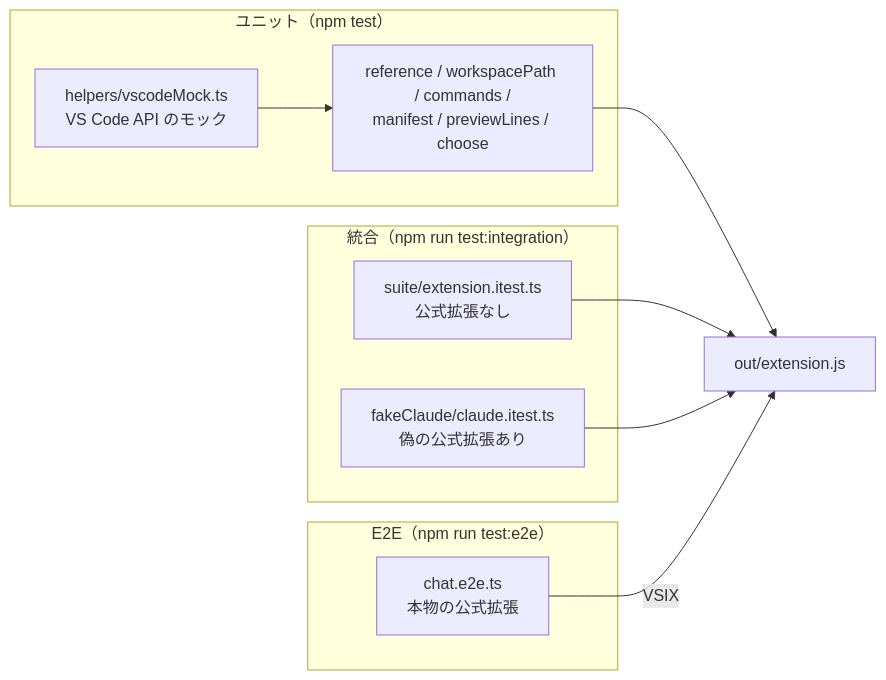
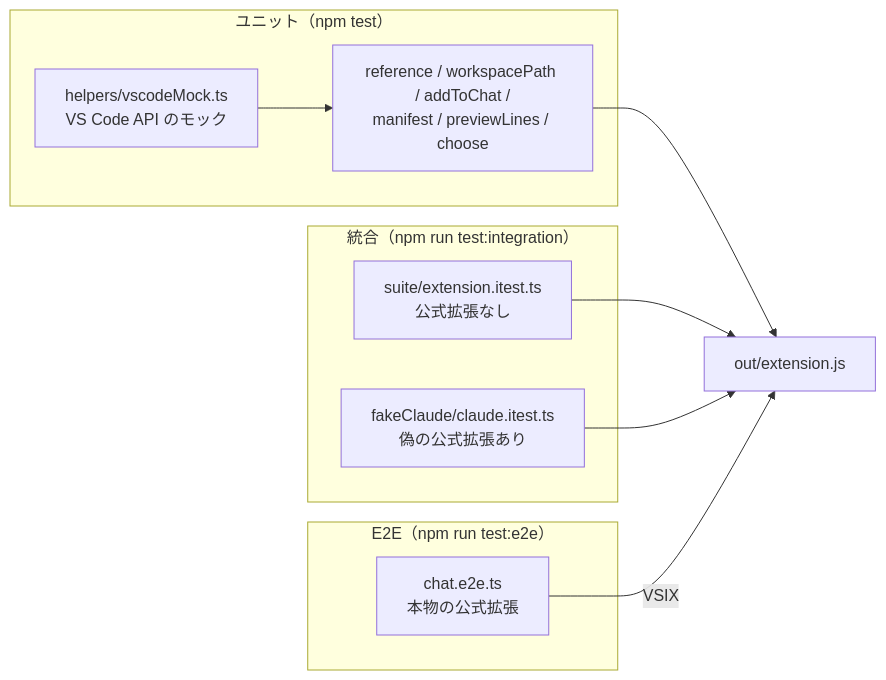
The third of 3 diagrams in docs/ARCHITECTURE.md (kip2/refs-to-chat), drawn with Mermaid before and after one commit. The commit also changed other lines of this file and 6 other files, not shown here.

````diff
--- a/docs/ARCHITECTURE.md
+++ b/docs/ARCHITECTURE.md
@@ -429,18 +435,18 @@
 ```mermaid
 flowchart LR
   subgraph Unit["ユニット（npm test）"]
     M["helpers/vscodeMock.ts<br/>VS Code API のモック"]
-    U["reference / workspacePath / commands /<br/>manifest / previewLines / choose"]
+    U["reference / workspacePath / addToChat /<br/>manifest / previewLines / choose"]
     M --> U
   end
   subgraph Int["統合（npm run test:integration）"]
     I["suite/extension.itest.ts<br/>公式拡張なし"]
     F["fakeClaude/claude.itest.ts<br/>偽の公式拡張あり"]
   end
   subgraph E2E["E2E（npm run test:e2e）"]
     E["chat.e2e.ts<br/>本物の公式拡張"]
   end
   U --> EXT["out/extension.js"]
   I & F --> EXT
   E -->|VSIX| EXT
 ```
````
